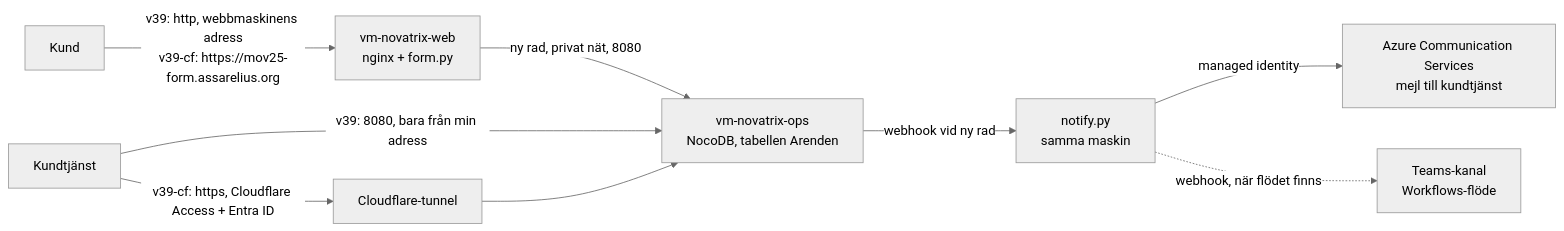
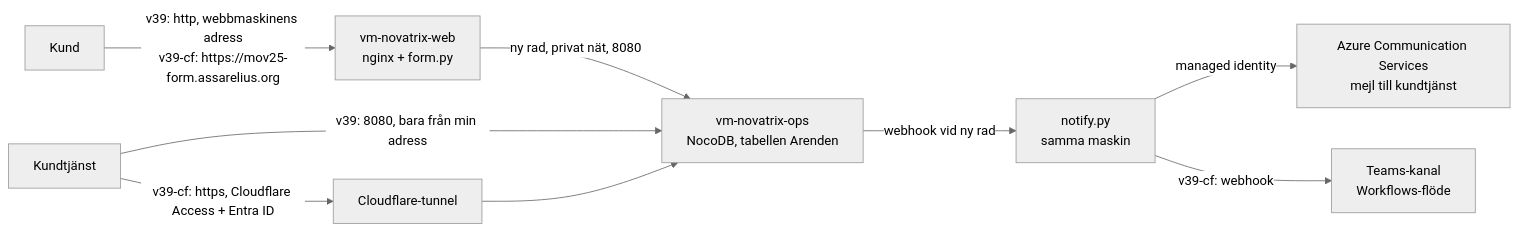
One commit to 82danass/azure changed the diagram in v39/README.md. Above: the diagram before and after it, drawn with Mermaid (neutral theme). The commit also changed other lines of this file and 3 other files, not shown here.

````diff
--- a/v39/README.md
+++ b/v39/README.md
@@ -23,10 +23,10 @@
 ```mermaid
 flowchart LR
     K[Kund] -->|"v39: http, webbmaskinens adress<br/>v39-cf: https://mov25-form.assarelius.org"| W[vm-novatrix-web<br/>nginx + form.py]
     W -->|"ny rad, privat nät, 8080"| R[vm-novatrix-ops<br/>NocoDB, tabellen Arenden]
     R -->|"webhook vid ny rad"| N[notify.py<br/>samma maskin]
     N -->|"managed identity"| M[Azure Communication Services<br/>mejl till kundtjänst]
-    N -.->|"webhook, när flödet finns"| T[Teams-kanal<br/>Workflows-flöde]
+    N -->|"v39-cf: webhook"| T[Teams-kanal<br/>Workflows-flöde]
     S[Kundtjänst] -->|"v39: 8080, bara från min adress"| R
     S -->|"v39-cf: https, Cloudflare Access + Entra ID"| CF[Cloudflare-tunnel] --> R
 ```
````
